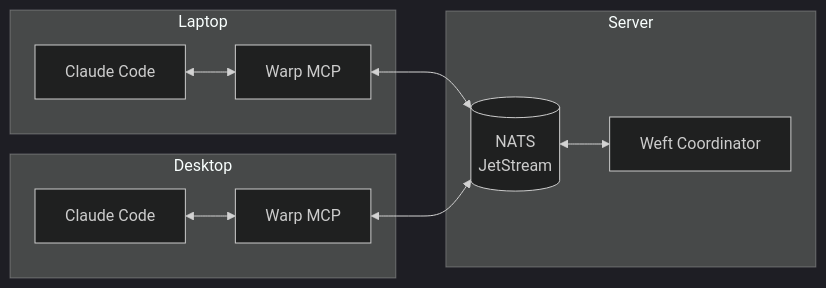
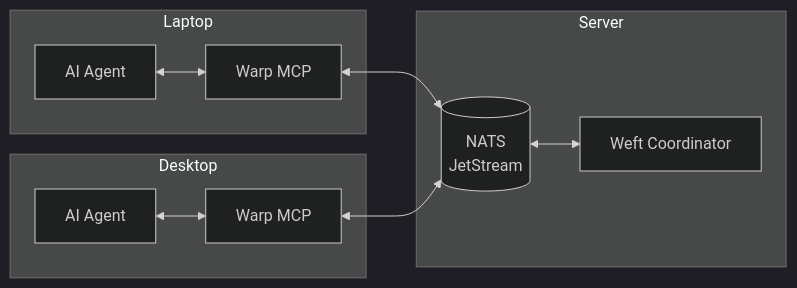
Before and after one commit to mdlopresti/loom: the first of 8 diagrams in README.md, drawn with Mermaid (dark theme). The commit also changed other lines of this file, not shown here.

First line of the commit message:
docs: Make documentation agent-agnostic

````diff
--- a/README.md
+++ b/README.md
@@ -23,23 +27,23 @@
 ```mermaid
 flowchart LR
     subgraph Laptop["Laptop"]
-        A1["Claude Code"]
+        A1["AI Agent"]
         W1["Warp MCP"]
         A1 <--> W1
     end
 
     subgraph Server["Server"]
         NATS[("NATS<br/>JetStream")]
         Weft["Weft Coordinator"]
         NATS <--> Weft
     end
 
     subgraph Desktop["Desktop"]
-        A2["Claude Code"]
+        A2["AI Agent"]
         W2["Warp MCP"]
         A2 <--> W2
     end
 
     W1 <--> NATS
     W2 <--> NATS
 ```
````
